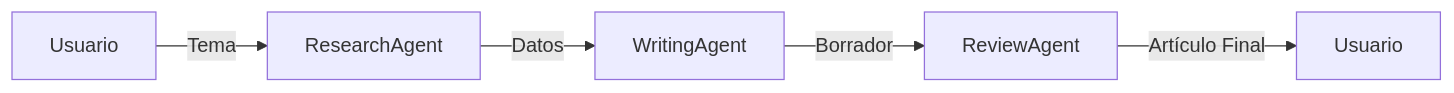
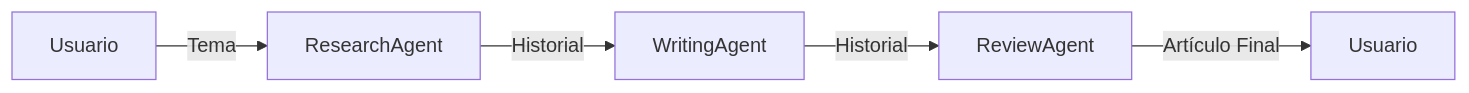
The diagram in docs/modulo-03-workflows/labs/01-sequential/README.md (adiazcan/maf-workshop), drawn with Mermaid before and after one commit. The commit also changed other lines of this file and 3 other files, not shown here.

````diff
--- a/docs/modulo-03-workflows/labs/01-sequential/README.md
+++ b/docs/modulo-03-workflows/labs/01-sequential/README.md
@@ -17,7 +17,7 @@
 ```mermaid
 graph LR
     A[Usuario] -->|Tema| B[ResearchAgent]
-    B -->|Datos| C[WritingAgent]
-    C -->|Borrador| D[ReviewAgent]
+    B -->|Historial| C[WritingAgent]
+    C -->|Historial| D[ReviewAgent]
     D -->|Artículo Final| E[Usuario]
 ```
````
